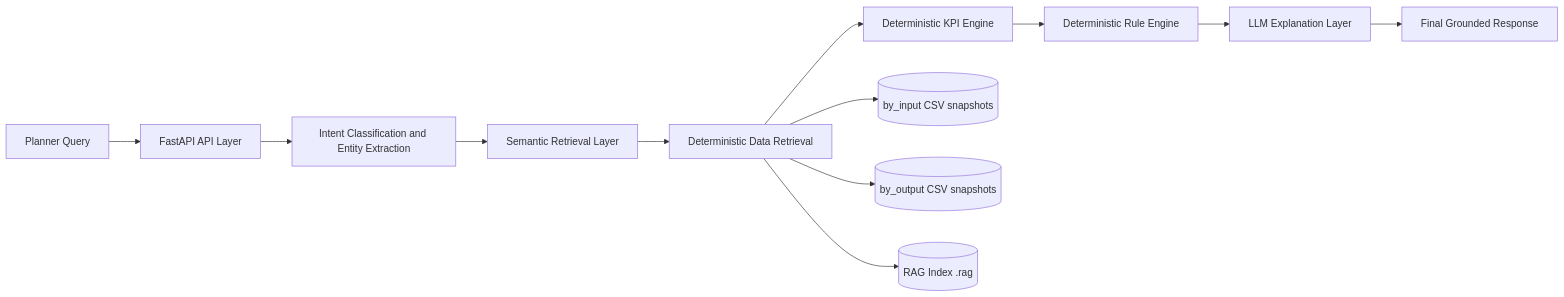
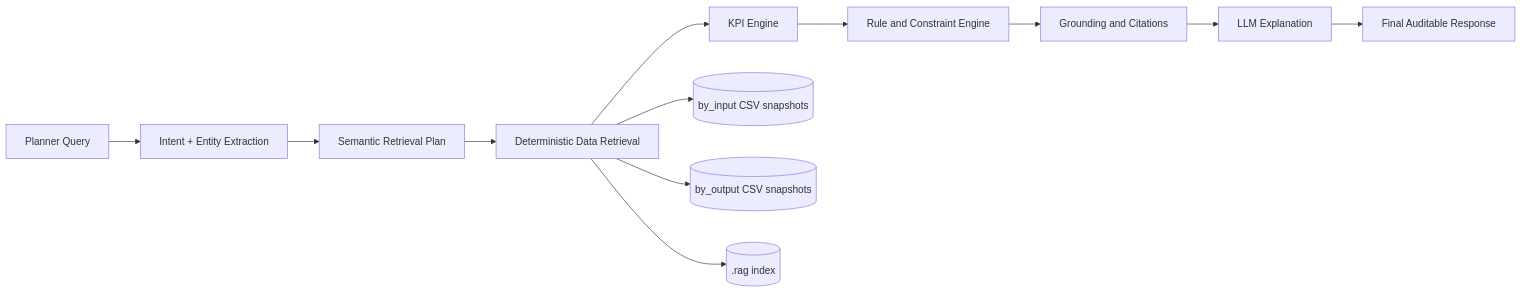
Before and after one commit to jyotiranjanojha/ifsupplystory: the first of 2 diagrams in README.md, drawn with Mermaid. The commit also changed other lines of this file, not shown here.

````diff
--- a/README.md
+++ b/README.md
@@ -31,15 +85,15 @@
 ```mermaid
 flowchart LR
-    U[Planner Query] --> API[FastAPI API Layer]
-    API --> IC[Intent Classification and Entity Extraction]
-    IC --> SR[Semantic Retrieval Layer]
-    SR --> DR[Deterministic Data Retrieval]
-    DR --> KPI[Deterministic KPI Engine]
-    KPI --> RULE[Deterministic Rule Engine]
-    RULE --> LLM[LLM Explanation Layer]
-    LLM --> RESP[Final Grounded Response]
+    Q[Planner Query] --> I[Intent + Entity Extraction]
+    I --> S[Semantic Retrieval Plan]
+    S --> D[Deterministic Data Retrieval]
+    D --> K[KPI Engine]
+    K --> R[Rule and Constraint Engine]
+    R --> G[Grounding and Citations]
+    G --> L[LLM Explanation]
+    L --> O[Final Auditable Response]
 
-    DR --> IN[(by_input CSV snapshots)]
-    DR --> OUT[(by_output CSV snapshots)]
-    DR --> RAG[(RAG Index .rag)]
+    D --> IN[(by_input CSV snapshots)]
+    D --> OUT[(by_output CSV snapshots)]
+    D --> RAG[(.rag index)]
 ```
````
